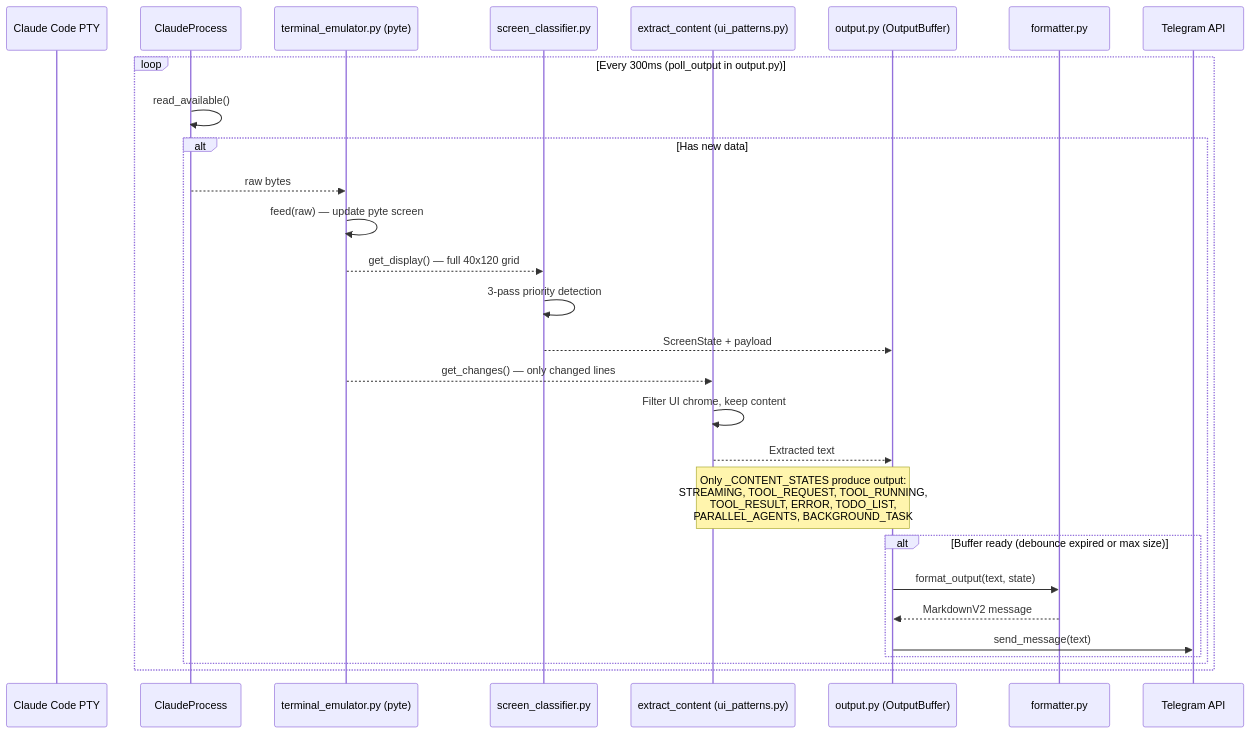
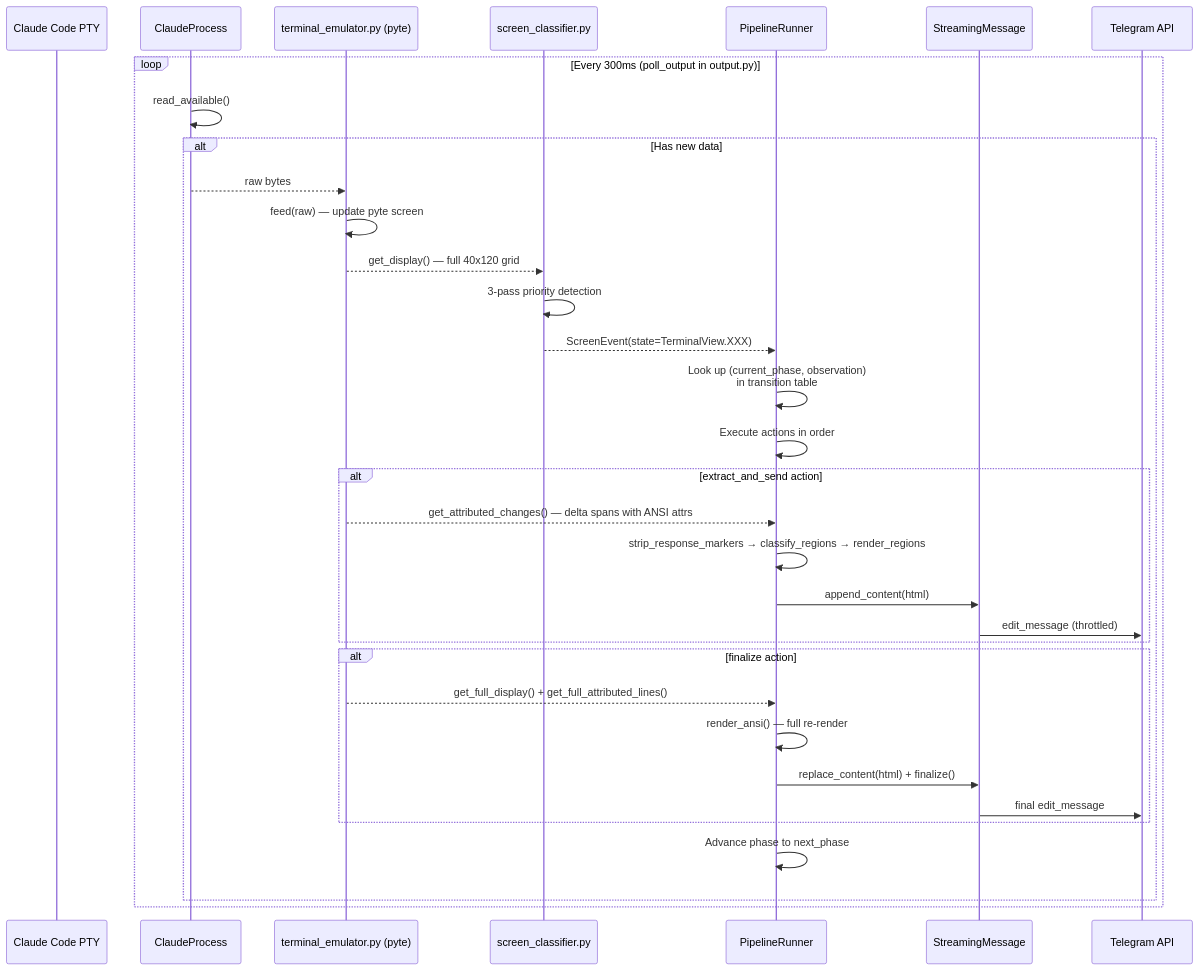
One commit to LounisBou/claude-code-telegram-instances-manager changed the third of 5 diagrams in docs/architecture.md. Above: the diagram before and after it, drawn with Mermaid. The commit also changed other lines of this file and 1 other file, not shown here.

Commit message:
docs: update architecture.md and index.md for pipeline unification

````diff
--- a/docs/architecture.md
+++ b/docs/architecture.md
@@ -116,34 +137,40 @@
 ```mermaid
 sequenceDiagram
     participant PTY as Claude Code PTY
     participant CP as ClaudeProcess
     participant EMU as terminal_emulator.py (pyte)
     participant CLS as screen_classifier.py
-    participant EXT as extract_content (ui_patterns.py)
-    participant OUT as output.py (OutputBuffer)
-    participant FMT as formatter.py
+    participant PR as PipelineRunner
+    participant STR as StreamingMessage
     participant T as Telegram API
 
     loop Every 300ms (poll_output in output.py)
         CP->>CP: read_available()
         alt Has new data
             CP-->>EMU: raw bytes
             EMU->>EMU: feed(raw) — update pyte screen
             EMU-->>CLS: get_display() — full 40x120 grid
             CLS->>CLS: 3-pass priority detection
-            CLS-->>OUT: ScreenState + payload
+            CLS-->>PR: ScreenEvent(state=TerminalView.XXX)
 
-            EMU-->>EXT: get_changes() — only changed lines
-            EXT->>EXT: Filter UI chrome, keep content
-            EXT-->>OUT: Extracted text
+            PR->>PR: Look up (current_phase, observation)<br/>in transition table
+            PR->>PR: Execute actions in order
 
-            Note over EXT,OUT: Only _CONTENT_STATES produce output:<br/>STREAMING, TOOL_REQUEST, TOOL_RUNNING,<br/>TOOL_RESULT, ERROR, TODO_LIST,<br/>PARALLEL_AGENTS, BACKGROUND_TASK
+            alt extract_and_send action
+                EMU-->>PR: get_attributed_changes() — delta spans with ANSI attrs
+                PR->>PR: strip_response_markers → classify_regions → render_regions
+                PR->>STR: append_content(html)
+                STR->>T: edit_message (throttled)
+            end
 
-            alt Buffer ready (debounce expired or max size)
-                OUT->>FMT: format_output(text, state)
-                FMT-->>OUT: MarkdownV2 message
-                OUT->>T: send_message(text)
+            alt finalize action
+                EMU-->>PR: get_full_display() + get_full_attributed_lines()
+                PR->>PR: render_ansi() — full re-render
+                PR->>STR: replace_content(html) + finalize()
+                STR->>T: final edit_message
             end
+
+            PR->>PR: Advance phase to next_phase
         end
     end
 ```
````
